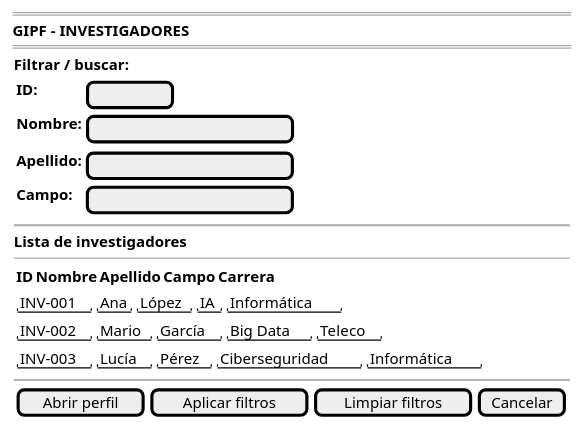
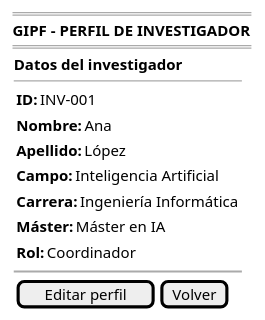
Before and after one commit to 31Diego/25-26-IdSw1-SdR: the diagram in documentación/CasosDeUso/prototipo/03-gestion-investigadores/abrirInvestigador.puml, drawn with PlantUML. The commit also changed 19 other files, not shown here.

Commit message:
correccion diagrama contexto

```diff
--- a/documentación/CasosDeUso/prototipo/03-gestion-investigadores/abrirInvestigador.puml
+++ b/documentación/CasosDeUso/prototipo/03-gestion-investigadores/abrirInvestigador.puml
@@ -1,31 +1,24 @@
 @startsalt abrirInvestigador-wireframe
 {
     ====
-    <b>GIPF - INVESTIGADORES</b>
+    <b>GIPF - PERFIL DE INVESTIGADOR</b>
     ====
     {
-        <b>Filtrar / buscar:</b>
+        <b>Datos del investigador</b>
+        --
         {
-            {<b>ID:</b> | [        ]
-             <b>Nombre:</b> | [                    ]}
-            {<b>Apellido:</b> | [                    ]
-             <b>Campo:</b> | [                    ]}
+            {<b>ID:</b>        | INV-001}
+            {<b>Nombre:</b>    | Ana}
+            {<b>Apellido:</b>  | López}
+            {<b>Campo:</b>     | Inteligencia Artificial}
+            {<b>Carrera:</b>   | Ingeniería Informática}
+            {<b>Máster:</b>    | Máster en IA}
+            {<b>Rol:</b>    | Coordinador}
         }
 
         ~~
 
-        <b>Lista de investigadores</b>
-        --
-        {
-            {<b>ID</b> | <b>Nombre</b> | <b>Apellido</b> | <b>Campo</b> | <b>Carrera</b>}
-            {"INV-001" | "Ana"   | "López"   | "IA"           | "Informática"}
-            {"INV-002" | "Mario" | "García"  | "Big Data"     | "Teleco"}
-            {"INV-003" | "Lucía" | "Pérez"   | "Ciberseguridad" | "Informática"}
-        }
-
-        ~~
-
-        {[Abrir perfil] | [Aplicar filtros] | [Limpiar filtros] | [Cancelar]}
+        {[Editar perfil] | [Volver]}
     }
 }
 @endsalt
```
